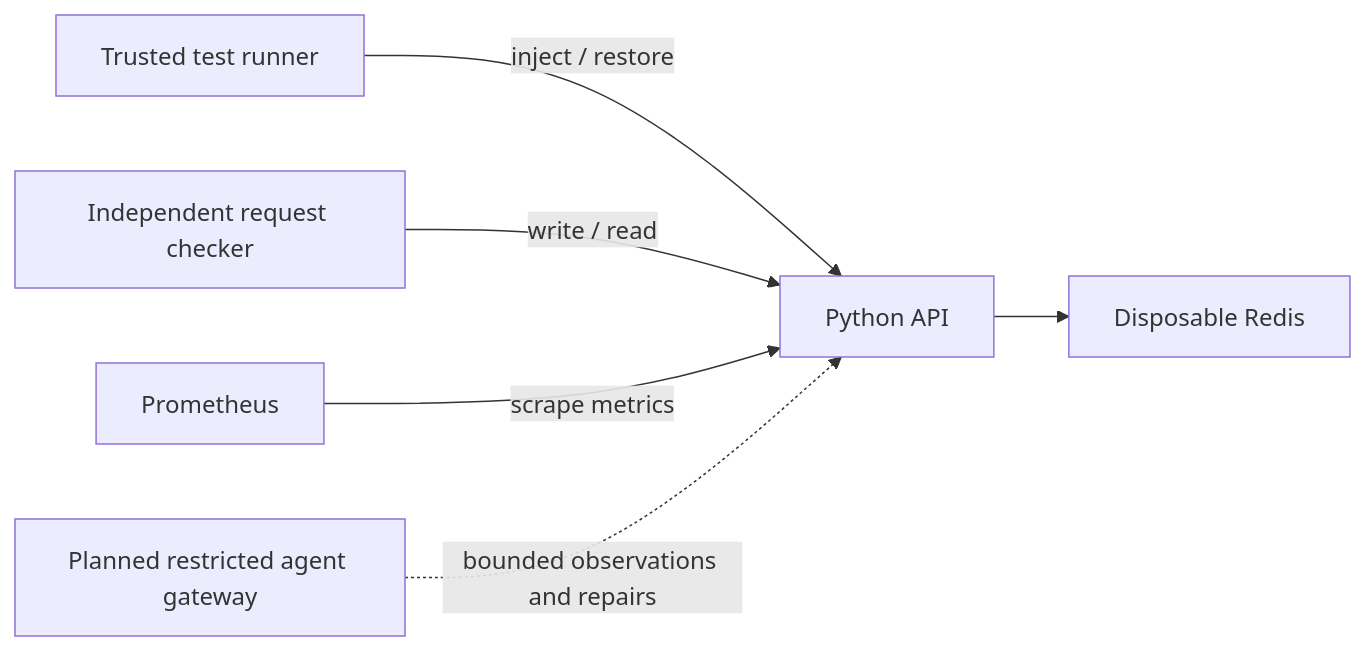
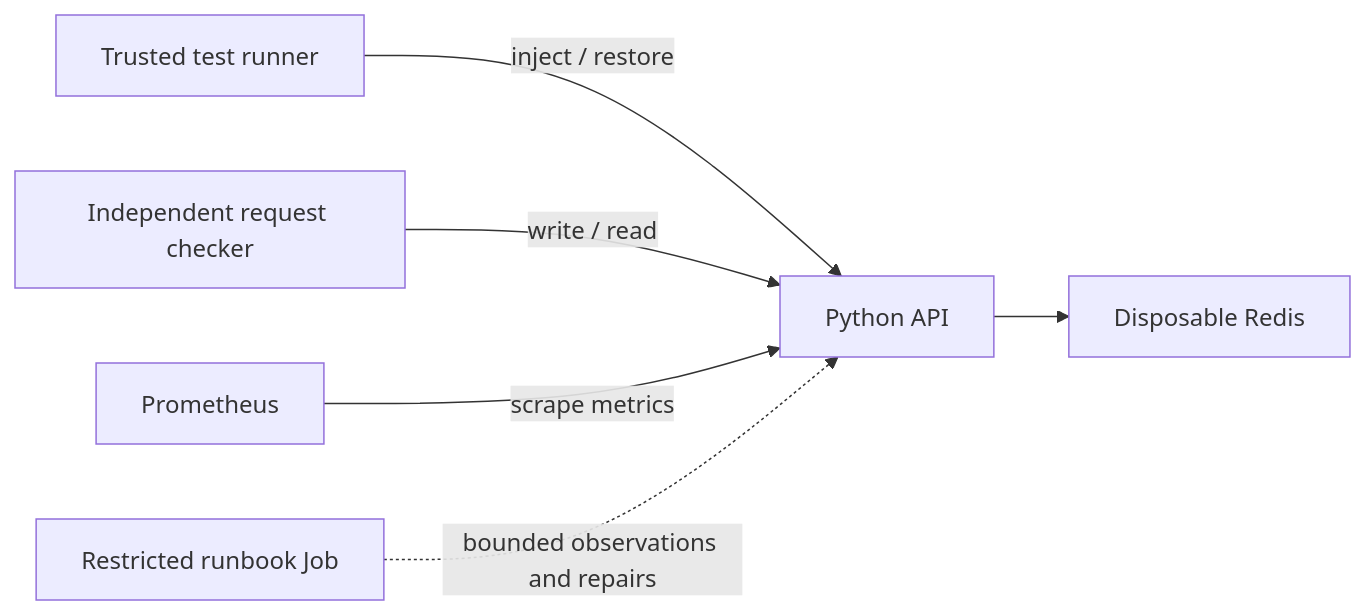
One commit to MAndersonASU/rackops changed the diagram in README.md. Above: the diagram before and after it, drawn with Mermaid. The commit also changed other lines of this file and 7 other files, not shown here.

````diff
--- a/README.md
+++ b/README.md
@@ -13,8 +14,8 @@
 ```mermaid
 flowchart LR
     Operator[Trusted test runner] -->|inject / restore| API[Python API]
     Probe[Independent request checker] -->|write / read| API
     API --> Redis[Disposable Redis]
     Prometheus -->|scrape metrics| API
-    Planned[Planned restricted agent gateway] -.->|bounded observations and repairs| API
+    Agent[Restricted runbook Job] -.->|bounded observations and repairs| API
 ```
````
